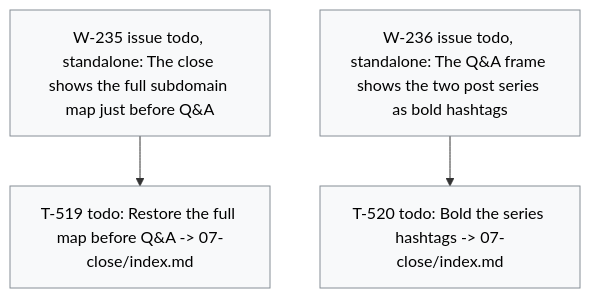
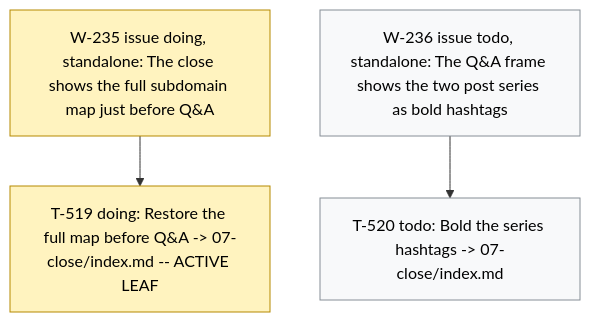
The diagram in .board/BOARD.md (dpopchev/chaos-to-simple), drawn with Mermaid before and after one commit. The commit also changed other lines of this file and 2 other files, not shown here.

Commit message:
chore(board): activate W-235, start T-519
Refs: W-235 T-519

````diff
--- a/.board/BOARD.md
+++ b/.board/BOARD.md
@@ -1397,13 +1397,14 @@
 ```mermaid
 flowchart TD
-  W235["W-235 issue todo, standalone: The close shows the full subdomain map just before Q&A"]
-  W235 --> T519["T-519 todo: Restore the full map before Q&A -> 07-close/index.md"]
+  W235["W-235 issue doing, standalone: The close shows the full subdomain map just before Q&A"]
+  W235 --> T519["T-519 doing: Restore the full map before Q&A -> 07-close/index.md -- ACTIVE LEAF"]
   W236["W-236 issue todo, standalone: The Q&A frame shows the two post series as bold hashtags"]
   W236 --> T520["T-520 todo: Bold the series hashtags -> 07-close/index.md"]
   classDef doing fill:#fff3bf,stroke:#b58900,color:#000;
   classDef blocked fill:#ffe3e3,stroke:#c92a2a,color:#000;
   classDef done fill:#e6ffed,stroke:#2b8a3e,color:#000;
   classDef todo fill:#f8f9fa,stroke:#868e96,color:#000;
   classDef pruned fill:#f1f3f5,stroke:#adb5bd,color:#000;
-  class W235,T519,W236,T520 todo
+  class W235,T519 doing
+  class W236,T520 todo
 ```
````
